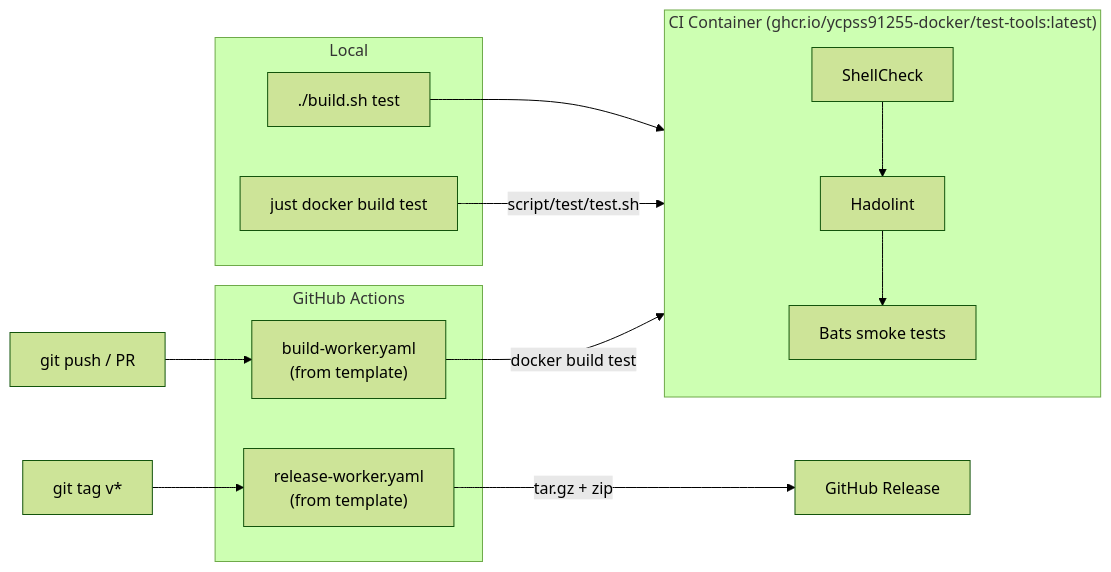
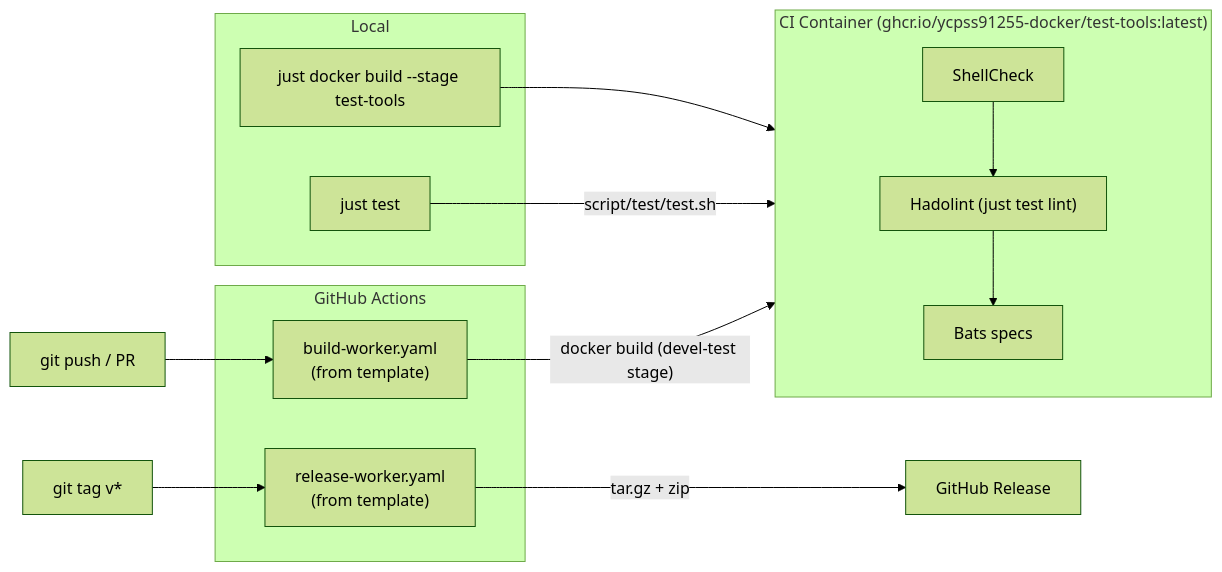
Before and after one commit to ycpss91255-docker/base: the second of 2 diagrams in README.md, drawn with Mermaid (forest theme). The commit also changed other lines of this file and 3 other files, not shown here.

````diff
--- a/README.md
+++ b/README.md
@@ -106,27 +107,27 @@
 ```mermaid
 flowchart LR
     subgraph local["Local"]
-        build_test["./build.sh test"]
-        make_test["just docker build test"]
+        just_test["just test"]
+        just_build["just docker build --stage test-tools"]
     end
 
     subgraph ci_container["CI Container (ghcr.io/ycpss91255-docker/test-tools:latest)"]
         shellcheck["ShellCheck"]
-        hadolint["Hadolint"]
-        bats["Bats smoke tests"]
+        hadolint["Hadolint (just test lint)"]
+        bats["Bats specs"]
     end
 
     subgraph github["GitHub Actions"]
         build_worker["build-worker.yaml<br/>(from template)"]
         release_worker["release-worker.yaml<br/>(from template)"]
     end
 
-    build_test --> ci_container
-    make_test -->|"script/test/test.sh"| ci_container
+    just_build --> ci_container
+    just_test -->|"script/test/test.sh"| ci_container
     shellcheck --> hadolint --> bats
 
     push["git push / PR"] --> build_worker
-    build_worker -->|"docker build test"| ci_container
+    build_worker -->|"docker build (devel-test stage)"| ci_container
     tag["git tag v*"] --> release_worker
     release_worker -->|"tar.gz + zip"| release["GitHub Release"]
 ```
````
